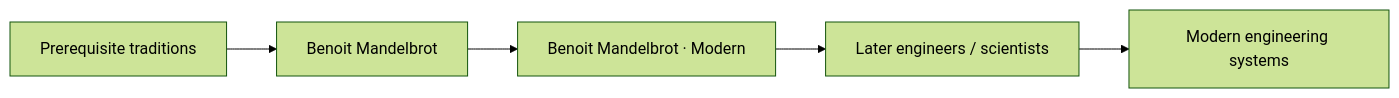
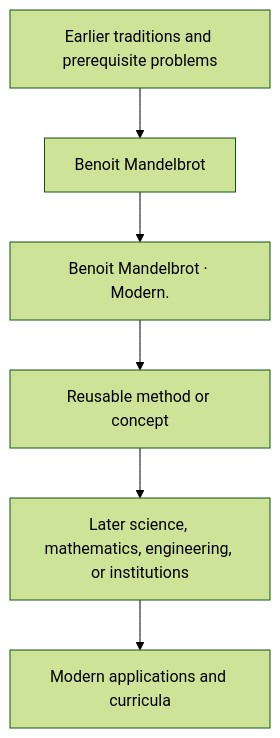
Before and after one commit to via-decide/ViaLogic: the diagram in docs/history/benoit-mandelbrot/influence.md, drawn with Mermaid (forest theme). The commit also changed other lines of this file and 858 other files, not shown here.

````diff
--- a/docs/history/benoit-mandelbrot/influence.md
+++ b/docs/history/benoit-mandelbrot/influence.md
@@ -29,7 +16,8 @@
 ```mermaid
-graph LR
-  prerequisites["Prerequisite traditions"] --> current["Benoit Mandelbrot"]
-  current --> contribution["Benoit Mandelbrot · Modern"]
-  contribution --> successors["Later engineers / scientists"]
-  successors --> modern["Modern engineering systems"]
+graph TD
+  Prior[Earlier traditions and prerequisite problems] --> Person[Benoit Mandelbrot]
+  Person --> Contribution[Benoit Mandelbrot · Modern.]
+  Contribution --> Method[Reusable method or concept]
+  Method --> Later[Later science, mathematics, engineering, or institutions]
+  Later --> Modern[Modern applications and curricula]
 ```
````
